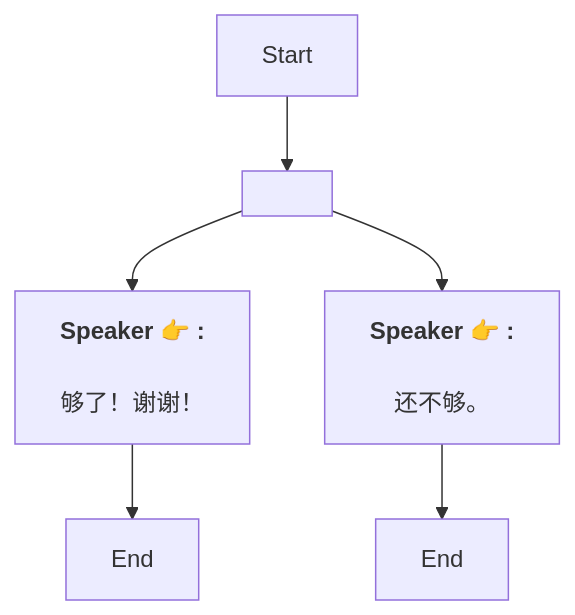
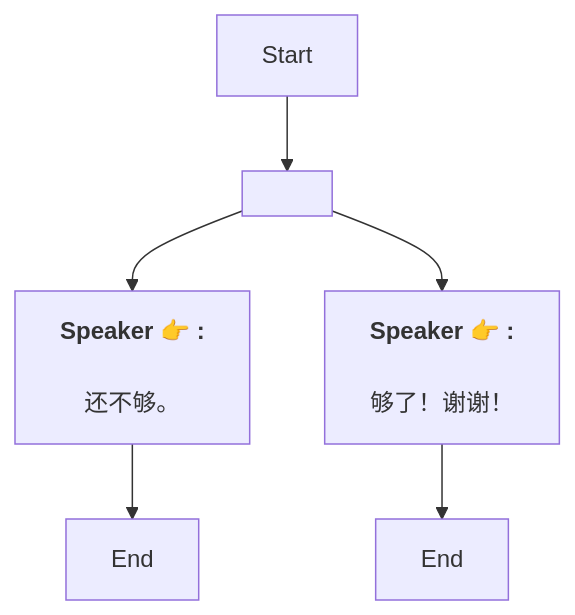
One commit to SoftHu/tos_avg changed the diagram in Zh/QuestNPCDeliveryENode_1747047147014397.md. Above: the diagram before and after it, drawn with Mermaid. The commit also changed other lines of this file and 780 other files, not shown here.

````diff
--- a/Zh/QuestNPCDeliveryENode_1747047147014397.md
+++ b/Zh/QuestNPCDeliveryENode_1747047147014397.md
@@ -1,11 +1,11 @@
 ```mermaid
 graph
 Start -->1775081491433818[ ]
+1775081491433818 -->1775081504499035[<b>Speaker 👉 :</b>
+\n还不够。]
 1775081491433818 -->1775081524807005[<b>Speaker 👉 :</b>
 \n够了！谢谢！]
-1775081491433818 -->1775081504499035[<b>Speaker 👉 :</b>
-\n还不够。]
 1775081524807005 -->1775081544174943[End]
 1775081504499035 -->1775081546221920[End]
 
 ```
````
